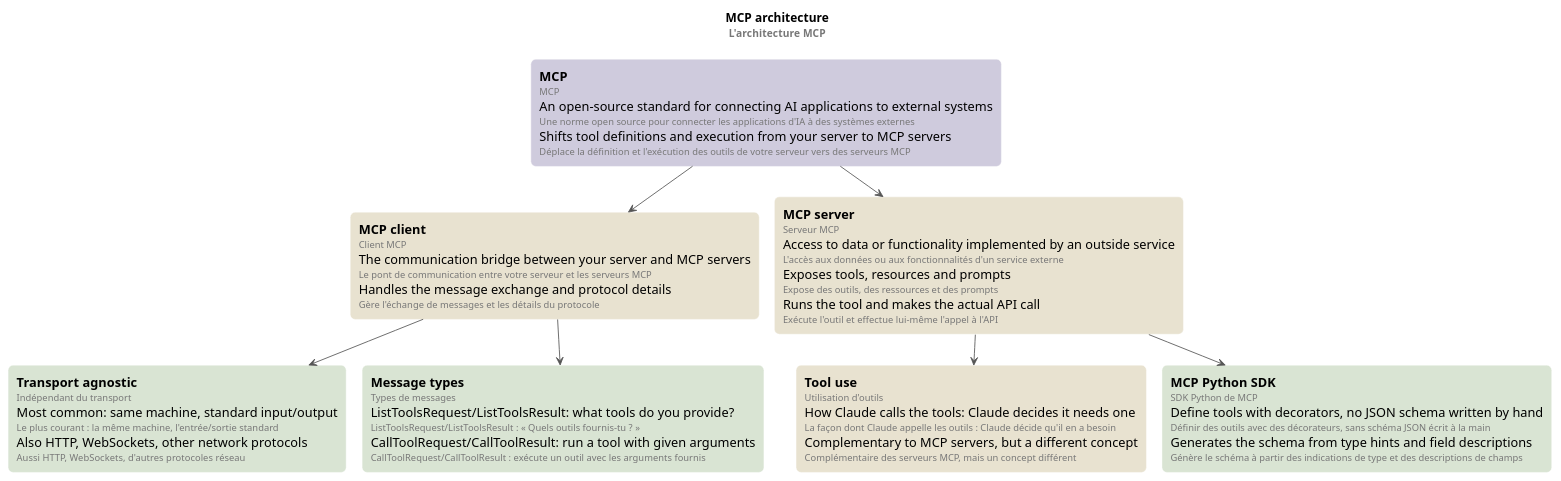
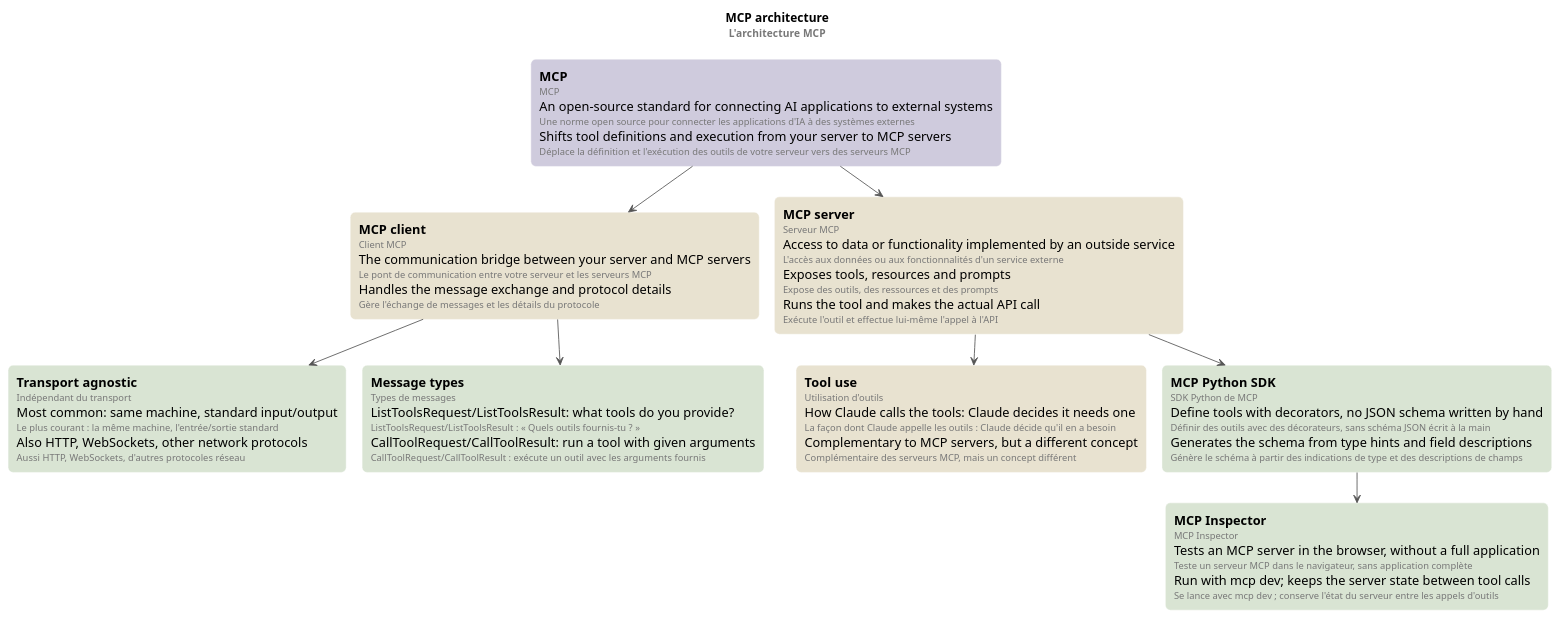
One commit to ltruchot/anthropic-academy-ai-glossary changed the diagram in 08-introduction-to-model-context-protocol/mindmap/mcp-architecture.puml. Above: the diagram before and after it, drawn with PlantUML. The commit also changed 4 other files, not shown here.

Commit message:
docs: course 08's lesson 6, the MCP Inspector

```diff
--- a/08-introduction-to-model-context-protocol/mindmap/mcp-architecture.puml
+++ b/08-introduction-to-model-context-protocol/mindmap/mcp-architecture.puml
@@ -1,38 +1,41 @@
 @startuml mcp-architecture
 ' Rendered with PlantUML, smetana layout (no Graphviz needed).
 !pragma layout smetana
 
 skinparam defaultFontName Helvetica
 skinparam shadowing false
 skinparam roundCorner 12
 skinparam ArrowColor #555555
 skinparam rectangle {
   BorderColor #FFFFFF
   FontSize 15
 }
 <style>
 rectangle {
   MinimumWidth 230
 }
 </style>
 
 title MCP architecture\n<size:12><color:#777>L'architecture MCP</color></size>
 
 rectangle "**MCP**\n<size:11><color:#777>MCP</color></size>\nAn open-source standard for connecting AI applications to external systems\n<size:11><color:#777>Une norme open source pour connecter les applications d'IA à des systèmes externes</color></size>\nShifts tool definitions and execution from your server to MCP servers\n<size:11><color:#777>Déplace la définition et l'exécution des outils de votre serveur vers des serveurs MCP</color></size>" as MCP #CFCBDD
 rectangle "**MCP client**\n<size:11><color:#777>Client MCP</color></size>\nThe communication bridge between your server and MCP servers\n<size:11><color:#777>Le pont de communication entre votre serveur et les serveurs MCP</color></size>\nHandles the message exchange and protocol details\n<size:11><color:#777>Gère l'échange de messages et les détails du protocole</color></size>" as CL #E8E2D0
 rectangle "**Transport agnostic**\n<size:11><color:#777>Indépendant du transport</color></size>\nMost common: same machine, standard input/output\n<size:11><color:#777>Le plus courant : la même machine, l'entrée/sortie standard</color></size>\nAlso HTTP, WebSockets, other network protocols\n<size:11><color:#777>Aussi HTTP, WebSockets, d'autres protocoles réseau</color></size>" as TA #D9E4D3
 rectangle "**Message types**\n<size:11><color:#777>Types de messages</color></size>\nListToolsRequest/ListToolsResult: what tools do you provide?\n<size:11><color:#777>ListToolsRequest/ListToolsResult : « Quels outils fournis-tu ? »</color></size>\nCallToolRequest/CallToolResult: run a tool with given arguments\n<size:11><color:#777>CallToolRequest/CallToolResult : exécute un outil avec les arguments fournis</color></size>" as MT #D9E4D3
 rectangle "**MCP server**\n<size:11><color:#777>Serveur MCP</color></size>\nAccess to data or functionality implemented by an outside service\n<size:11><color:#777>L'accès aux données ou aux fonctionnalités d'un service externe</color></size>\nExposes tools, resources and prompts\n<size:11><color:#777>Expose des outils, des ressources et des prompts</color></size>\nRuns the tool and makes the actual API call\n<size:11><color:#777>Exécute l'outil et effectue lui-même l'appel à l'API</color></size>" as SV #E8E2D0
 rectangle "**Tool use**\n<size:11><color:#777>Utilisation d'outils</color></size>\nHow Claude calls the tools: Claude decides it needs one\n<size:11><color:#777>La façon dont Claude appelle les outils : Claude décide qu'il en a besoin</color></size>\nComplementary to MCP servers, but a different concept\n<size:11><color:#777>Complémentaire des serveurs MCP, mais un concept différent</color></size>" as TU #E8E2D0
 rectangle "**MCP Python SDK**\n<size:11><color:#777>SDK Python de MCP</color></size>\nDefine tools with decorators, no JSON schema written by hand\n<size:11><color:#777>Définir des outils avec des décorateurs, sans schéma JSON écrit à la main</color></size>\nGenerates the schema from type hints and field descriptions\n<size:11><color:#777>Génère le schéma à partir des indications de type et des descriptions de champs</color></size>" as SDK #D9E4D3
+rectangle "**MCP Inspector**\n<size:11><color:#777>MCP Inspector</color></size>\nTests an MCP server in the browser, without a full application\n<size:11><color:#777>Teste un serveur MCP dans le navigateur, sans application complète</color></size>\nRun with mcp dev; keeps the server state between tool calls\n<size:11><color:#777>Se lance avec mcp dev ; conserve l'état du serveur entre les appels d'outils</color></size>" as INS #D9E4D3
 
 ' Lessons 1-3: MCP, its client (transports, messages), its server, and tool use beside it.
 MCP --> CL
 MCP --> SV
 CL --> TA
 CL --> MT
 SV --> TU
 ' Fifth lesson: the Python SDK that defines a server's tools.
 SV --> SDK
+' Sixth lesson: the SDK's inspector, to test a server.
+SDK --> INS
 
 @enduml
```
